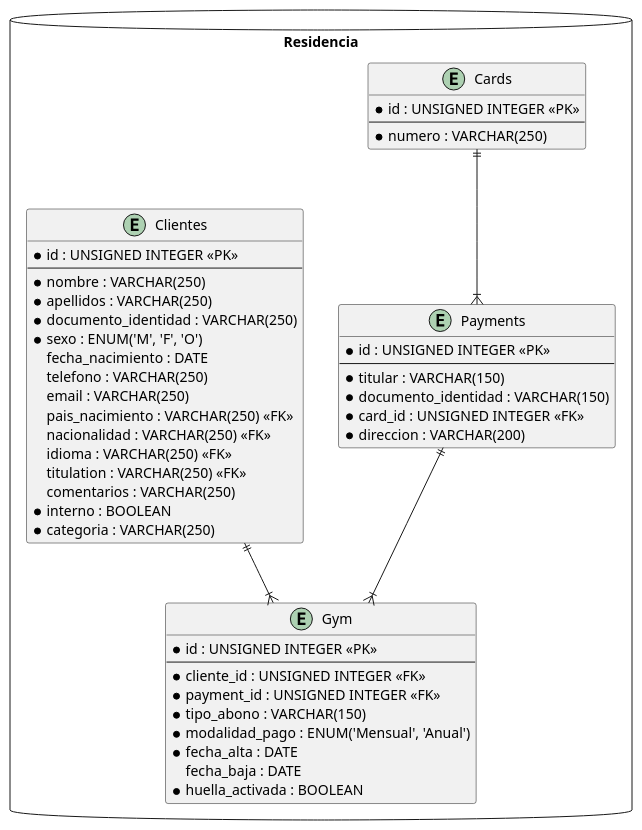
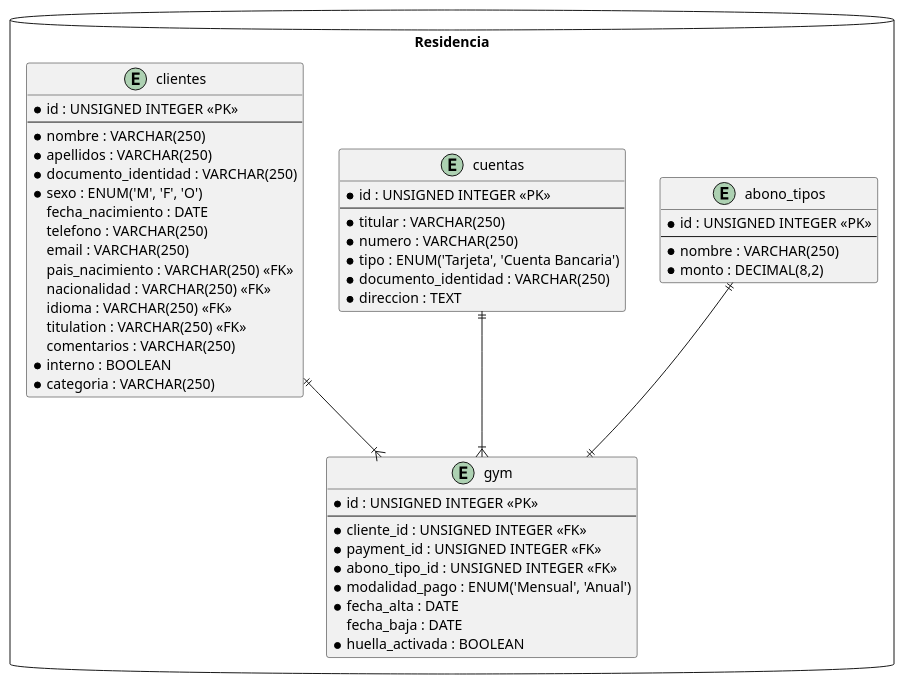
One commit to josueMerino/TFG-Docs changed the diagram in gimnasio/diagramaFisicoBD.plantuml. Above: the diagram before and after it, drawn with PlantUML. The commit also changed 1 other file, not shown here.

Commit message:
database changes to diagram

```diff
--- a/gimnasio/diagramaFisicoBD.plantuml
+++ b/gimnasio/diagramaFisicoBD.plantuml
@@ -1,55 +1,59 @@
 @startuml
 package Residencia <<Database>>
 {
-  entity Gym {
+
+  entity abono_tipos{
+    *id : UNSIGNED INTEGER <<PK>>
+    --
+    *nombre : VARCHAR(250)
+    *monto : DECIMAL(8,2)
+  }
+
+
+  entity cuentas {
+    *id : UNSIGNED INTEGER <<PK>>
+    --
+    *titular : VARCHAR(250)
+    *numero : VARCHAR(250)
+    *tipo : ENUM('Tarjeta', 'Cuenta Bancaria')
+    *documento_identidad : VARCHAR(250)
+    *direccion : TEXT
+  }
+
+  entity gym {
     *id : UNSIGNED INTEGER <<PK>>
     --
     *cliente_id : UNSIGNED INTEGER <<FK>>
     *payment_id : UNSIGNED INTEGER <<FK>>
-    *tipo_abono : VARCHAR(150)
+    *abono_tipo_id : UNSIGNED INTEGER <<FK>>
     *modalidad_pago : ENUM('Mensual', 'Anual')
     *fecha_alta : DATE
     fecha_baja : DATE
     *huella_activada : BOOLEAN
   }
 
-  entity Payments {
-    *id : UNSIGNED INTEGER <<PK>>
-    --
-    *titular : VARCHAR(150)
-    *documento_identidad : VARCHAR(150)
-    *card_id : UNSIGNED INTEGER <<FK>> 
-    *direccion : VARCHAR(200)
-  }
-
-  entity Cards {
-    *id : UNSIGNED INTEGER <<PK>>
-    --
-    *numero : VARCHAR(250)
-  }
-
-  entity Clientes {
+  entity clientes {
   *id : UNSIGNED INTEGER <<PK>>
   --
   *nombre : VARCHAR(250)
   *apellidos : VARCHAR(250)
   *documento_identidad : VARCHAR(250)
   *sexo : ENUM('M', 'F', 'O')
   fecha_nacimiento : DATE
   telefono : VARCHAR(250)
   email : VARCHAR(250)
   pais_nacimiento : VARCHAR(250) <<FK>> 
   nacionalidad : VARCHAR(250) <<FK>> 
   idioma : VARCHAR(250) <<FK>> 
   titulation : VARCHAR(250) <<FK>> 
   comentarios : VARCHAR(250)
   *interno : BOOLEAN
   *categoria : VARCHAR(250)
 }
 
-Payments ||--|{ Gym
-Cards ||--|{ Payments
-Clientes ||--|{ Gym
+cuentas ||--|{ gym
+clientes ||--|{ gym
+abono_tipos ||--|| gym
 }
 
 @enduml
```
